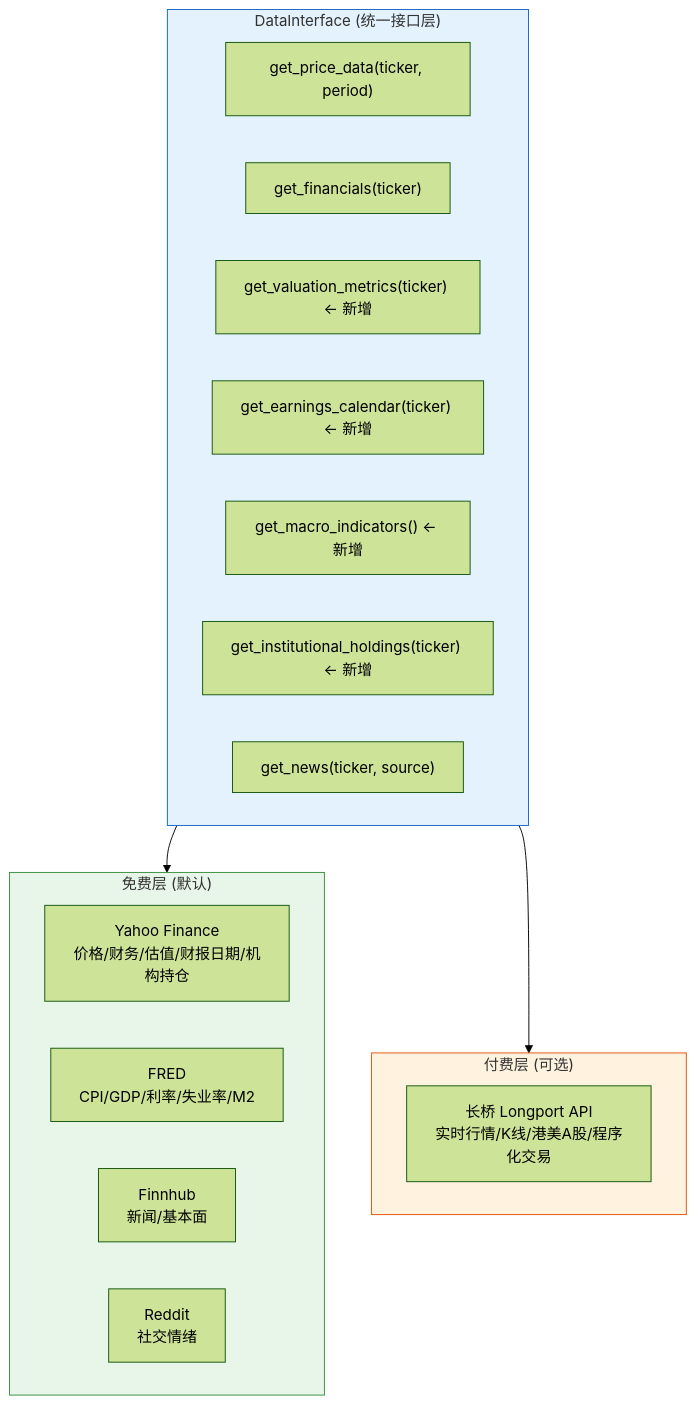
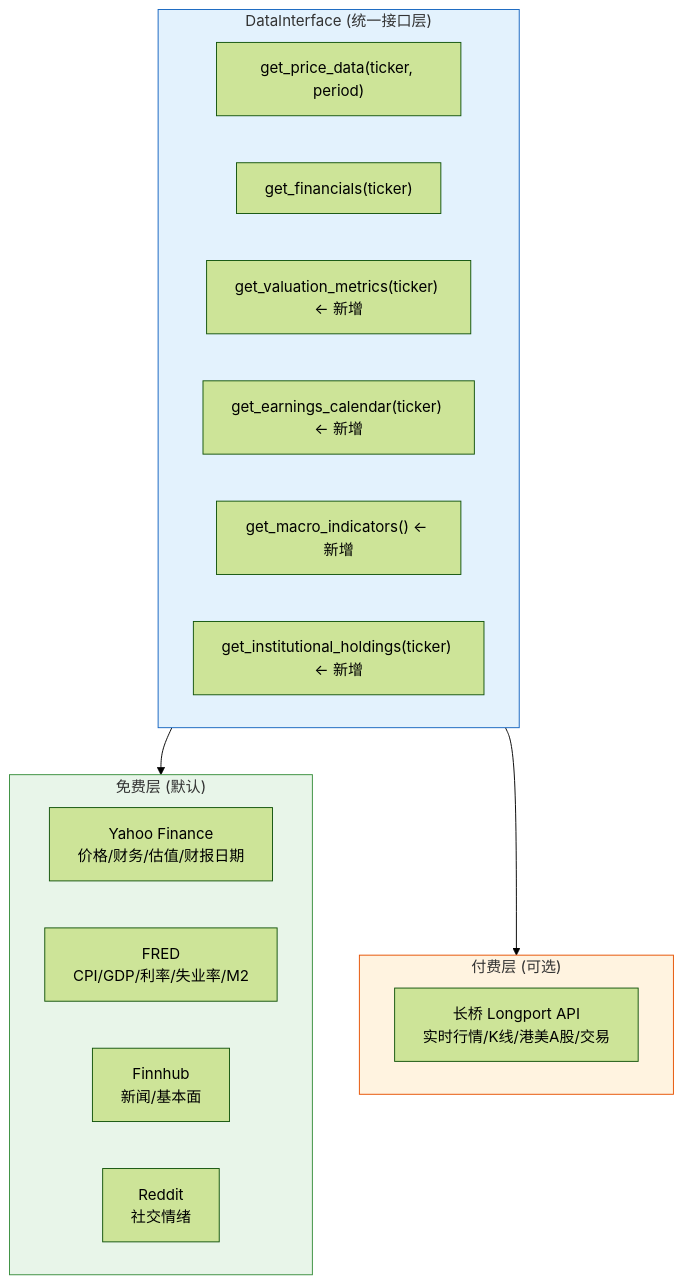
Before and after one commit to ZacBi/TradingAgents: the fifth of 11 diagrams in .qoder/specs/trading-agent-architecture-analysis.md, drawn with Mermaid (forest theme). The commit also changed other lines of this file and 5 other files, not shown here.

First line of the commit message:
docs(architecture): 完善多智能体交易框架架构文档

````diff
--- a/.qoder/specs/trading-agent-architecture-analysis.md
+++ b/.qoder/specs/trading-agent-architecture-analysis.md
@@ -560,30 +409,29 @@
 ```mermaid
 flowchart TD
     subgraph Interface["DataInterface (统一接口层)"]
         direction LR
         API1["get_price_data(ticker, period)"]
         API2["get_financials(ticker)"]
         API3["get_valuation_metrics(ticker) ← 新增"]
         API4["get_earnings_calendar(ticker) ← 新增"]
         API5["get_macro_indicators() ← 新增"]
         API6["get_institutional_holdings(ticker) ← 新增"]
-        API7["get_news(ticker, source)"]
     end
 
     Interface --> FreeLayer & PaidLayer
 
     subgraph FreeLayer["免费层 (默认)"]
-        YF["Yahoo Finance\n价格/财务/估值/财报日期/机构持仓"]
+        YF["Yahoo Finance\n价格/财务/估值/财报日期"]
         FRED["FRED\nCPI/GDP/利率/失业率/M2"]
         Finnhub["Finnhub\n新闻/基本面"]
         Reddit["Reddit\n社交情绪"]
     end
 
     subgraph PaidLayer["付费层 (可选)"]
-        Longport["长桥 Longport API\n实时行情/K线/港美A股/程序化交易"]
+        Longport["长桥 Longport API\n实时行情/K线/港美A股/交易"]
     end
 
     style Interface fill:#e3f2fd,stroke:#1565c0
     style FreeLayer fill:#e8f5e9,stroke:#388e3c
     style PaidLayer fill:#fff3e0,stroke:#e65100
 ```
````
